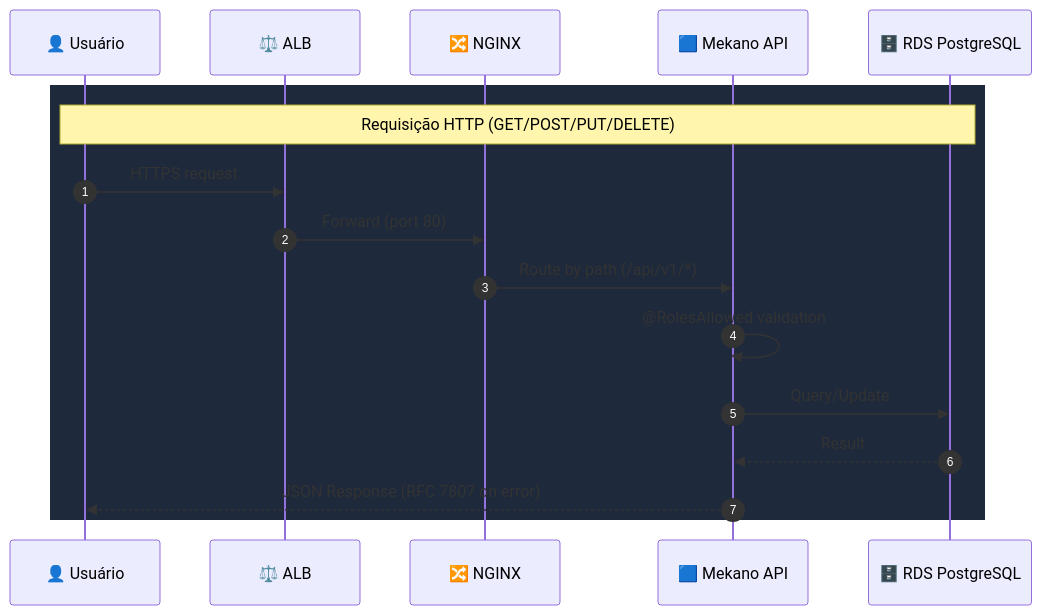
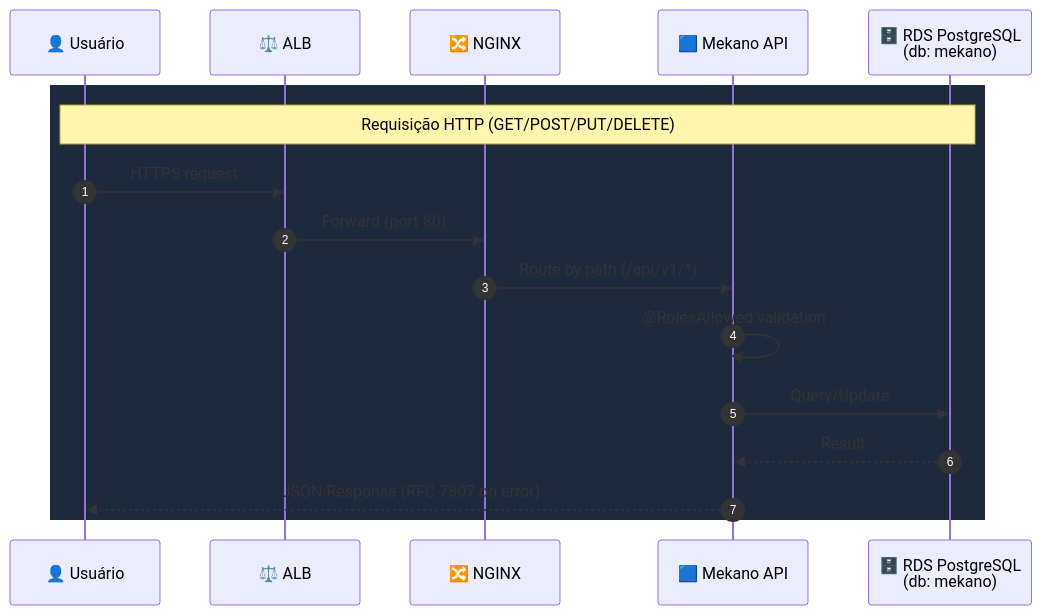
The third of 3 diagrams in docs/aws-infrastructure/global-scope-architecture.md (FIAP-SOFTWARE-ARCHITECTURE-TEAM/Mekano-API), drawn with Mermaid before and after one commit. The commit also changed other lines of this file and 1 other file, not shown here.

Commit message:
feat: update VPC and global architecture diagrams for shared database integration

````diff
--- a/docs/aws-infrastructure/global-scope-architecture.md
+++ b/docs/aws-infrastructure/global-scope-architecture.md
@@ -139,20 +133,20 @@
 ```mermaid
 sequenceDiagram
     autonumber
     participant U as 👤 Usuário
     participant ALB as ⚖️ ALB
     participant NGX as 🔀 NGINX
     participant API as 🟦 Mekano API
-    participant DB as 🗄️ RDS PostgreSQL
+    participant DB as 🗄️ RDS PostgreSQL<br/>(db: mekano)
 
     rect rgb(30, 41, 59)
         Note over U, DB: Requisição HTTP (GET/POST/PUT/DELETE)
         U->>ALB: HTTPS request
         ALB->>NGX: Forward (port 80)
         NGX->>API: Route by path (/api/v1/*)
         API->>API: @RolesAllowed validation
         API->>DB: Query/Update
         DB-->>API: Result
         API-->>U: JSON Response (RFC 7807 on error)
     end
 ```
````
